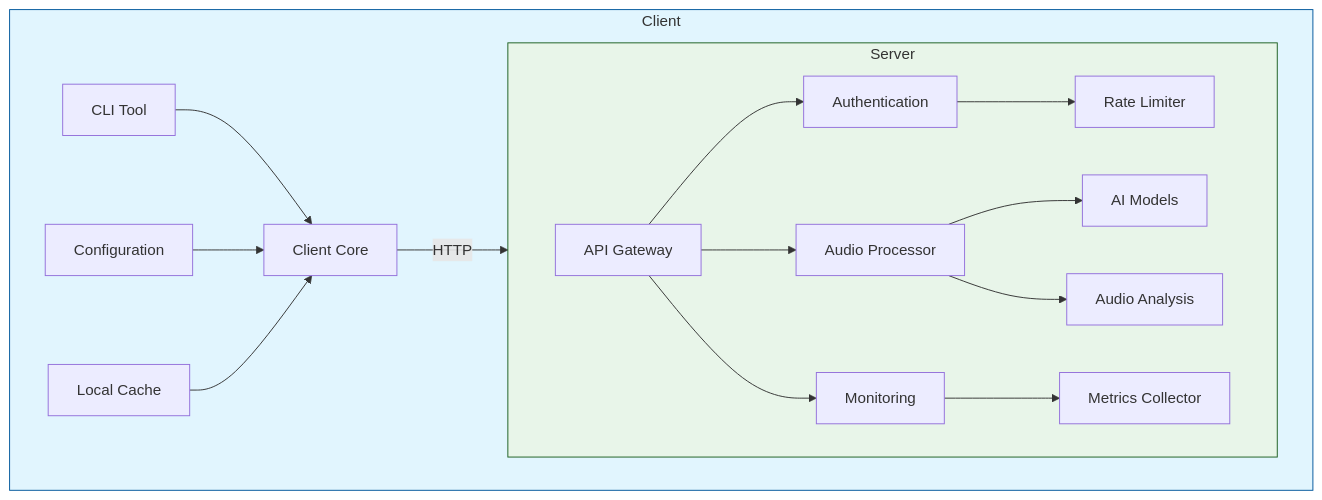
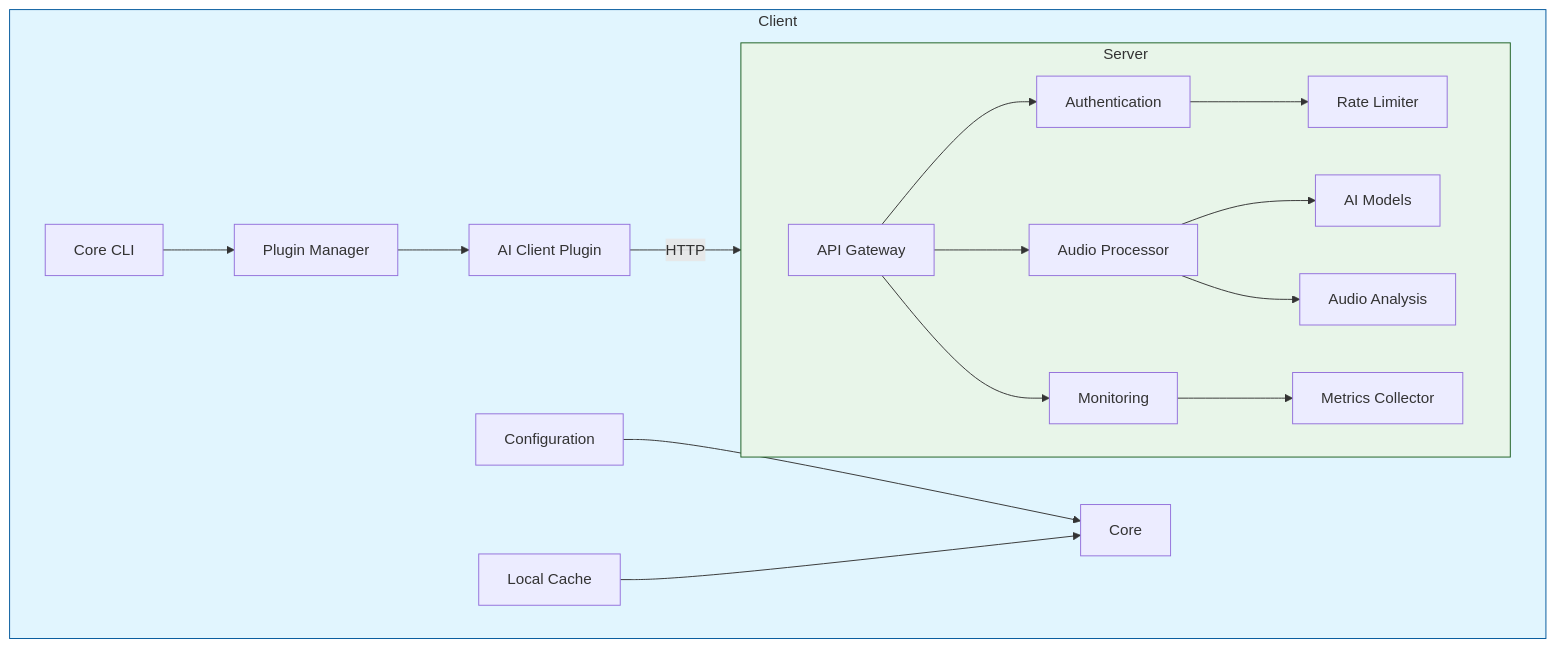
The first of 7 diagrams in packages/ARCHITECTURE.md (epsilon-records/audiokit.ai), drawn with Mermaid before and after one commit. The commit also changed other lines of this file and 4 other files, not shown here.

````diff
--- a/packages/ARCHITECTURE.md
+++ b/packages/ARCHITECTURE.md
@@ -5,24 +5,25 @@
 ```mermaid
 graph TD
     subgraph Client
-        CLI[CLI Tool] --> Core[Client Core]
-        Core -->|HTTP| Server
+        CLI[Core CLI] --> PluginMgr[Plugin Manager]
+        PluginMgr --> AIPlugin[AI Client Plugin]
+        AIPlugin -->|HTTP| Server
         Config[Configuration] --> Core
         Cache[Local Cache] --> Core
     end
 
     subgraph Server
         API[API Gateway] --> Auth[Authentication]
         API --> Processor[Audio Processor]
         API --> Monitor[Monitoring]
         Auth --> RateLimit[Rate Limiter]
         Processor --> AI[AI Models]
         Processor --> Librosa[Audio Analysis]
         Monitor --> Metrics[Metrics Collector]
     end
     
     classDef client fill:#e1f5fe,stroke:#01579b
     classDef server fill:#e8f5e9,stroke:#1b5e20
     class Client client
     class Server server
 ```
````
